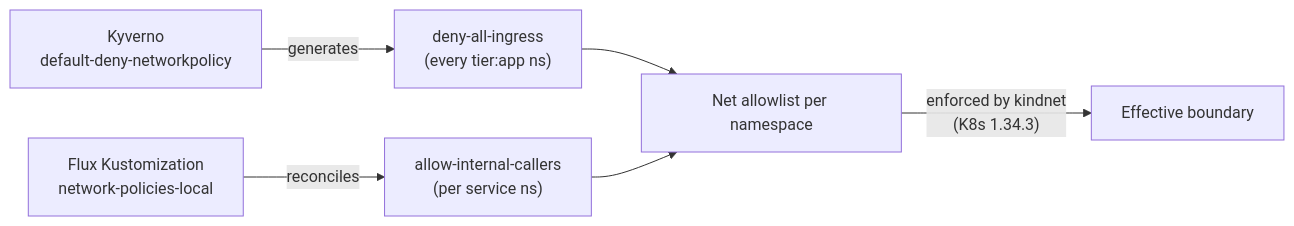
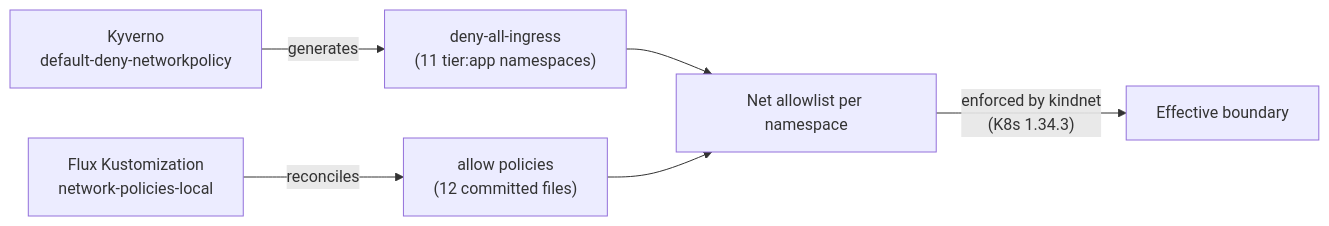
One commit to duynhlab/homelab changed the third of 3 diagrams in docs/security/network-policies.md. Above: the diagram before and after it, drawn with Mermaid. The commit also changed other lines of this file and 17 other files, not shown here.

````diff
--- a/docs/security/network-policies.md
+++ b/docs/security/network-policies.md
@@ -149,8 +181,8 @@
 ```mermaid
 flowchart LR
-    KY["Kyverno<br/>default-deny-networkpolicy"] -->|generates| DENY["deny-all-ingress<br/>(every tier:app ns)"]
-    FLUX["Flux Kustomization<br/>network-policies-local"] -->|reconciles| ALLOW["allow-internal-callers<br/>(per service ns)"]
+    KY["Kyverno<br/>default-deny-networkpolicy"] -->|generates| DENY["deny-all-ingress<br/>(11 tier:app namespaces)"]
+    FLUX["Flux Kustomization<br/>network-policies-local"] -->|reconciles| ALLOW["allow policies<br/>(12 committed files)"]
     DENY --> NET["Net allowlist per namespace"]
     ALLOW --> NET
     NET -->|"enforced by kindnet<br/>(K8s 1.34.3)"| EFF["Effective boundary"]
 ```
````
